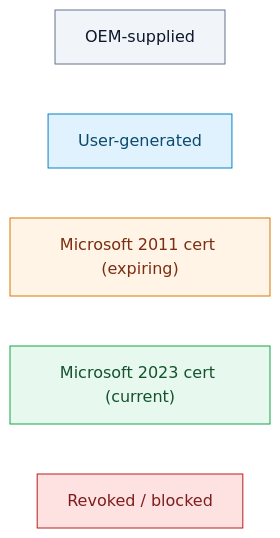
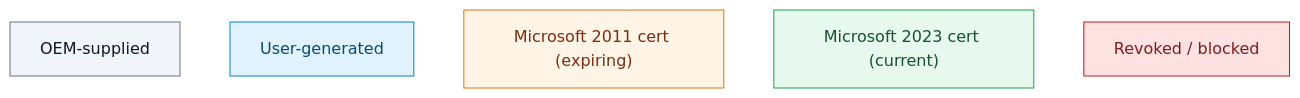
One commit to mcfbytes/sb-enema changed the first of 4 diagrams in README.md. Above: the diagram before and after it, drawn with Mermaid.

Commit message:
Update MD flowchart template layout.

````diff
--- a/README.md
+++ b/README.md
@@ -130,14 +130,14 @@
 ```mermaid
-flowchart LR
+flowchart
    L_OEM["OEM-supplied"]:::oem
    L_USER["User-generated"]:::user
    L_EXP["Microsoft 2011 cert (expiring)"]:::expiring
    L_CUR["Microsoft 2023 cert (current)"]:::current
    L_BAD["Revoked / blocked"]:::blocked
 
    classDef oem      fill:#f1f5f9,stroke:#64748b,color:#0f172a
    classDef user     fill:#e0f2fe,stroke:#0284c7,color:#0c4a6e
    classDef expiring fill:#fff4e5,stroke:#d97706,color:#7c2d12
    classDef current  fill:#e7f8ee,stroke:#16a34a,color:#14532d
    classDef blocked  fill:#fee2e2,stroke:#b91c1c,color:#7f1d1d
 ```
````
